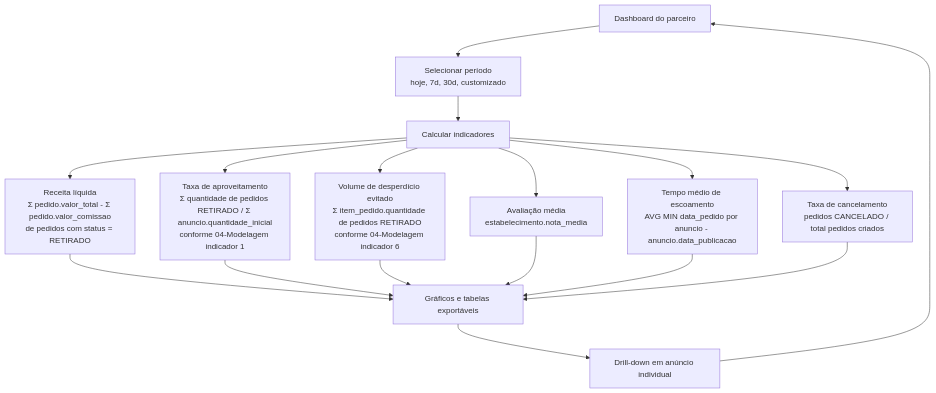
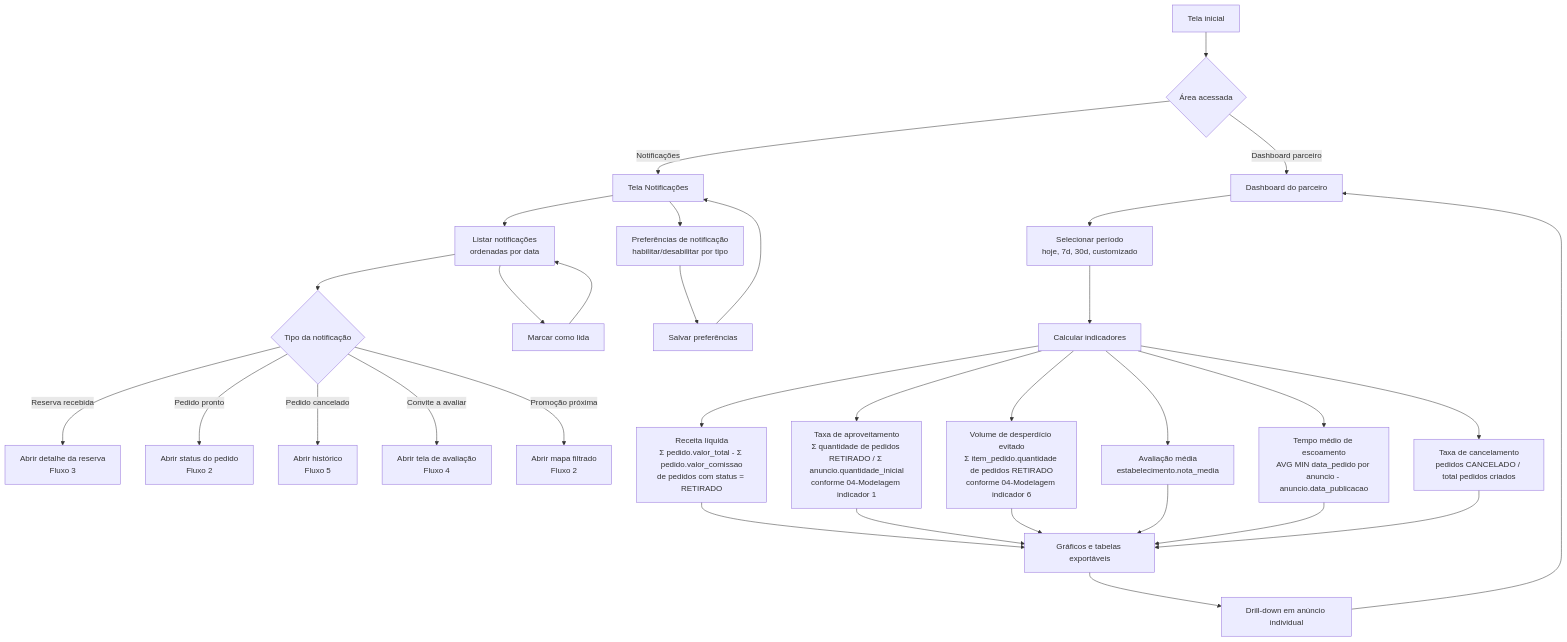
Before and after one commit to nulltupy/foodloop-projeto-testes: the seventh of 7 diagrams in docs/05-Projeto-interface.md, drawn with Mermaid. The commit also changed other lines of this file, not shown here.

Commit message:
docs: consolida diagramas de fluxo da interface

````diff
--- a/docs/05-Projeto-interface.md
+++ b/docs/05-Projeto-interface.md
@@ -380,18 +270,32 @@
 ```mermaid
 flowchart TD
-    DS[Dashboard do parceiro] --> FT[Selecionar período<br/>hoje, 7d, 30d, customizado]
+    INI[Tela inicial] --> AREA{Área acessada}
+    AREA -- Notificações --> CN[Tela Notificações]
+    CN --> LST[Listar notificações<br/>ordenadas por data]
+    LST --> TIPO{Tipo da notificação}
+    TIPO -- Reserva recebida --> AB1[Abrir detalhe da reserva<br/>Fluxo 3]
+    TIPO -- Pedido pronto --> AB2[Abrir status do pedido<br/>Fluxo 2]
+    TIPO -- Pedido cancelado --> AB3[Abrir histórico<br/>Fluxo 5]
+    TIPO -- Convite a avaliar --> AB4[Abrir tela de avaliação<br/>Fluxo 4]
+    TIPO -- Promoção próxima --> AB5[Abrir mapa filtrado<br/>Fluxo 2]
+    LST --> LIDA[Marcar como lida]
+    LIDA --> LST
+    CN --> CFG[Preferências de notificação<br/>habilitar/desabilitar por tipo]
+    CFG --> SVCFG[Salvar preferências] --> CN
+    AREA -- Dashboard parceiro --> DS[Dashboard do parceiro]
+    DS --> FT[Selecionar período<br/>hoje, 7d, 30d, customizado]
     FT --> CALC[Calcular indicadores]
     CALC --> KPI1[Receita líquida<br/>Σ pedido.valor_total - Σ pedido.valor_comissao<br/>de pedidos com status = RETIRADO]
     CALC --> KPI2[Taxa de aproveitamento<br/>Σ quantidade de pedidos RETIRADO / Σ anuncio.quantidade_inicial<br/>conforme 04-Modelagem indicador 1]
     CALC --> KPI3[Volume de desperdício evitado<br/>Σ item_pedido.quantidade de pedidos RETIRADO<br/>conforme 04-Modelagem indicador 6]
     CALC --> KPI4[Avaliação média<br/>estabelecimento.nota_media]
     CALC --> KPI5[Tempo médio de escoamento<br/>AVG MIN data_pedido por anuncio - anuncio.data_publicacao]
     CALC --> KPI6[Taxa de cancelamento<br/>pedidos CANCELADO / total pedidos criados]
     KPI1 --> GR[Gráficos e tabelas exportáveis]
     KPI2 --> GR
     KPI3 --> GR
     KPI4 --> GR
     KPI5 --> GR
     KPI6 --> GR
     GR --> DRILL[Drill-down em anúncio individual] --> DS
 ```
````
